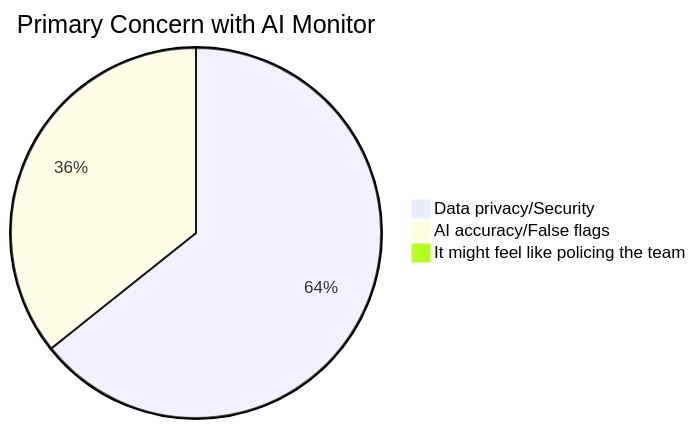
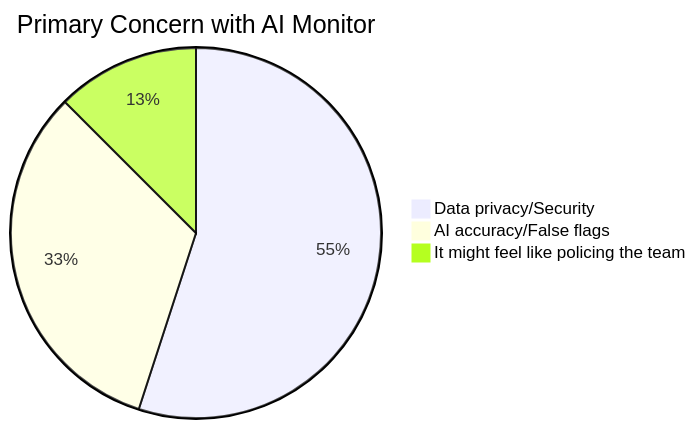
The sixth of 6 diagrams in documents/customer-interview-record.md (TheAyoosh/MeetScribe-AI), drawn with Mermaid before and after one commit. The commit also changed other lines of this file and 3 other files, not shown here.

````diff
--- a/documents/customer-interview-record.md
+++ b/documents/customer-interview-record.md
@@ -103,6 +103,6 @@
 ```mermaid
 pie title Primary Concern with AI Monitor
-    "Data privacy/Security" : 18
-    "AI accuracy/False flags" : 10
-    "It might feel like policing the team" : 0
+    "Data privacy/Security" : 22
+    "AI accuracy/False flags" : 13
+    "It might feel like policing the team" : 5
 ```
````
